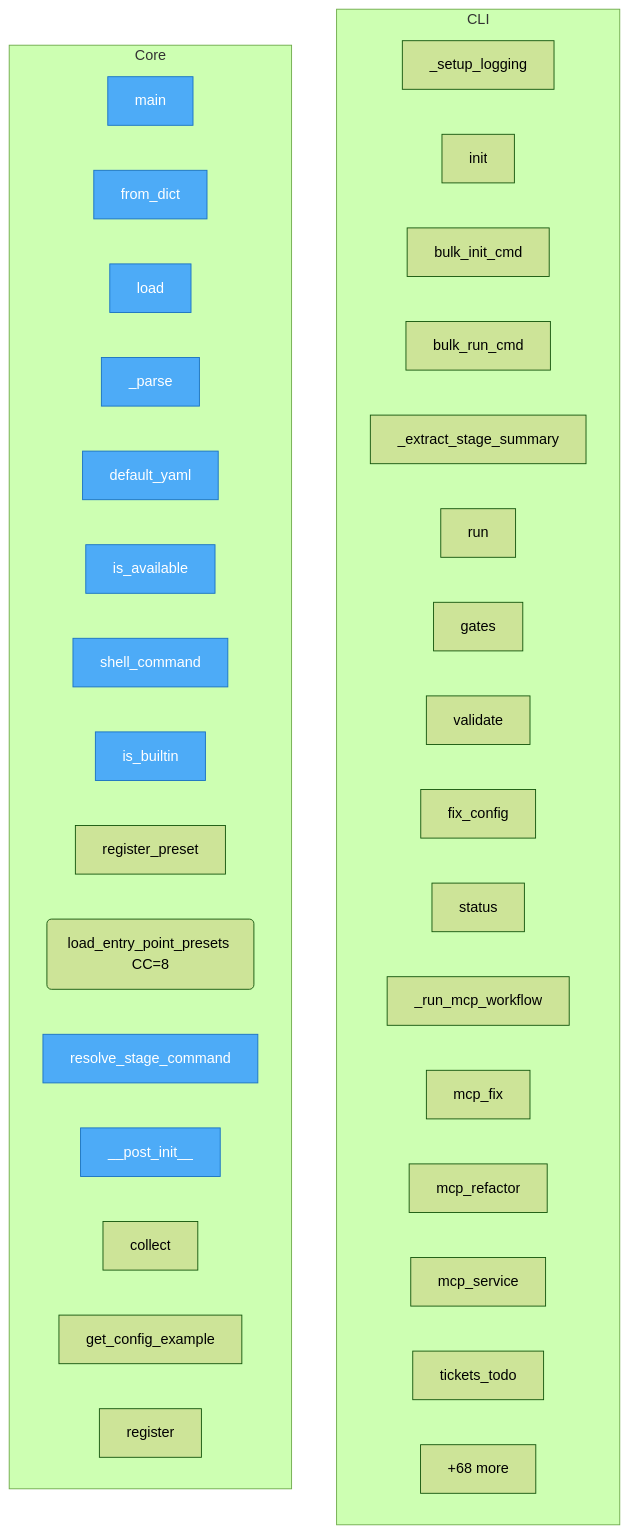
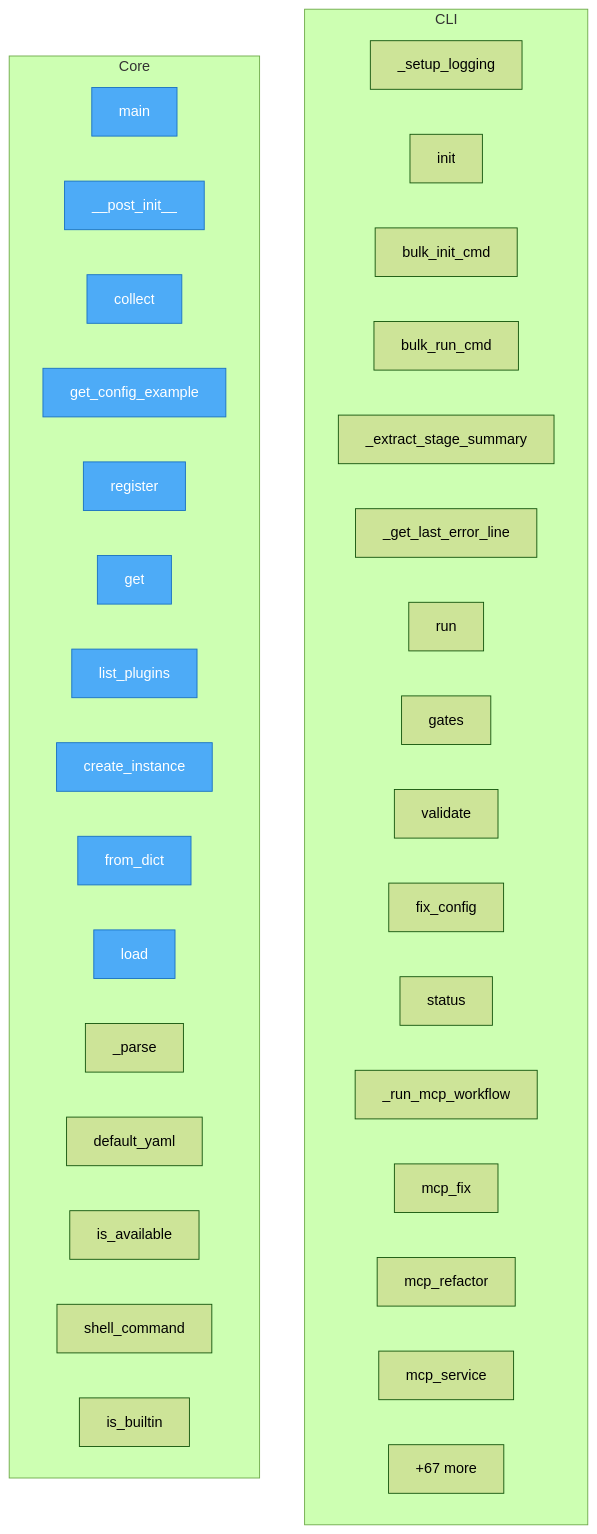
The diagram in project/flow.mmd (semcod/pyqual), drawn with Mermaid (forest theme) before and after one commit. The commit also changed 22 other files, not shown here.

```diff
--- a/project/flow.mmd
+++ b/project/flow.mmd
@@ -1,44 +1,44 @@
 flowchart TD
 
     %% Entry points (blue)
     classDef entry fill:#4dabf7,stroke:#1971c2,color:#fff
 
     subgraph CLI
         pyqual__cli___setup_logging["_setup_logging"]
         pyqual__cli__init["init"]
         pyqual__cli__bulk_init_cmd["bulk_init_cmd"]
         pyqual__cli__bulk_run_cmd["bulk_run_cmd"]
         pyqual__cli___extract_stage_summary["_extract_stage_summary"]
+        pyqual__cli___get_last_error_line["_get_last_error_line"]
         pyqual__cli__run["run"]
         pyqual__cli__gates["gates"]
         pyqual__cli__validate["validate"]
         pyqual__cli__fix_config["fix_config"]
         pyqual__cli__status["status"]
         pyqual__cli___run_mcp_workflow["_run_mcp_workflow"]
         pyqual__cli__mcp_fix["mcp_fix"]
         pyqual__cli__mcp_refactor["mcp_refactor"]
         pyqual__cli__mcp_service["mcp_service"]
-        pyqual__cli__tickets_todo["tickets_todo"]
-        ...["+16 more"]
+        ...["+25 more"]
     end
 
     subgraph Core
         run_analysis__main["main"]
+        pyqual__plugins__PluginMetadata____post_init__["__post_init__"]
+        pyqual__plugins__MetricCollector__collect["collect"]
+        pyqual__plugins__MetricCollector__get_config_example["get_config_example"]
+        pyqual__plugins__PluginRegistry__register["register"]
+        pyqual__plugins__PluginRegistry__get["get"]
+        pyqual__plugins__PluginRegistry__list_plugins["list_plugins"]
+        pyqual__plugins__PluginRegistry__create_instance["create_instance"]
         pyqual__config__GateConfig__from_dict["from_dict"]
         pyqual__config__PyqualConfig__load["load"]
         pyqual__config__PyqualConfig___parse["_parse"]
         pyqual__config__PyqualConfig__default_yaml["default_yaml"]
         pyqual__tools__ToolPreset__is_available["is_available"]
         pyqual__tools__ToolPreset__shell_command["shell_command"]
         pyqual__tools__is_builtin["is_builtin"]
-        pyqual__tools__register_preset["register_preset"]
-        pyqual__tools__load_entry_point_presets("load_entry_point_presets CC=8")
-        pyqual__tools__resolve_stage_command["resolve_stage_command"]
-        pyqual__plugins__PluginMetadata____post_init__["__post_init__"]
-        pyqual__plugins__MetricCollector__collect["collect"]
-        pyqual__plugins__MetricCollector__get_config_example["get_config_example"]
-        pyqual__plugins__PluginRegistry__register["register"]
-        ...["+68 more"]
+        ...["+67 more"]
     end
 
-    class run_analysis__main,pyqual__config__GateConfig__from_dict,pyqual__config__PyqualConfig__load,pyqual__config__PyqualConfig___parse,pyqual__config__PyqualConfig__default_yaml,pyqual__tools__ToolPreset__is_available,pyqual__tools__ToolPreset__shell_command,pyqual__tools__is_builtin,pyqual__tools__resolve_stage_command,pyqual__plugins__PluginMetadata____post_init__ entry
+    class run_analysis__main,pyqual__plugins__PluginMetadata____post_init__,pyqual__plugins__MetricCollector__collect,pyqual__plugins__MetricCollector__get_config_example,pyqual__plugins__PluginRegistry__register,pyqual__plugins__PluginRegistry__get,pyqual__plugins__PluginRegistry__list_plugins,pyqual__plugins__PluginRegistry__create_instance,pyqual__config__GateConfig__from_dict,pyqual__config__PyqualConfig__load entry
```
